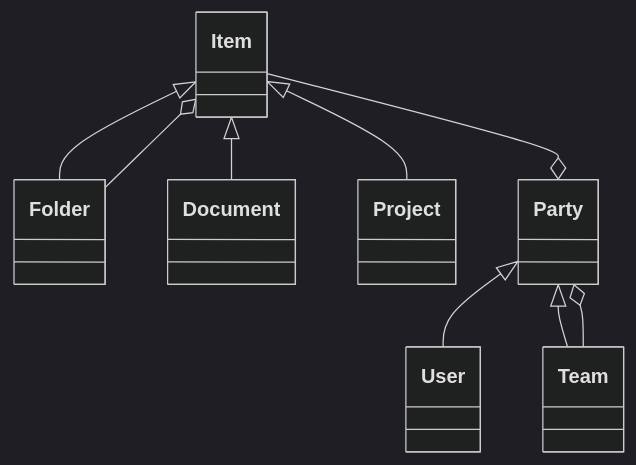
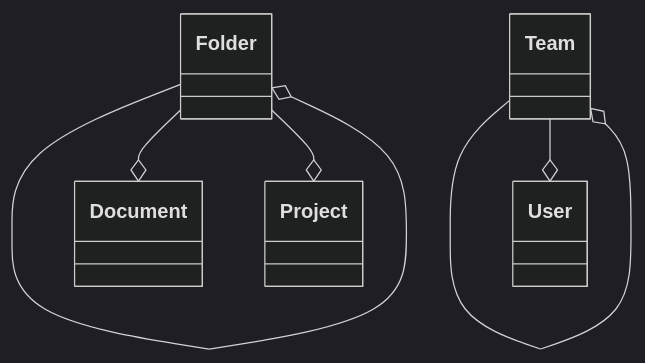
Before and after one commit to occar421/my-etudes: the diagram in authz-service-with-openfga/readme.md, drawn with Mermaid (dark theme). The commit also changed 12 other files, not shown here.

````diff
--- a/authz-service-with-openfga/readme.md
+++ b/authz-service-with-openfga/readme.md
@@ -15,18 +15,13 @@
 ```mermaid
 classDiagram
-    class Item
     class Folder
     class Document
     class Project
-    class Party
     class User
     class Team
-    Folder --o Item
-    Item <|-- Folder
-    Item <|-- Document
-    Item <|-- Project
-    Party <|-- User
-    Party <|-- Team
-    Team --o Party
-    Item --o Party
+    Folder --o Folder
+    Folder --o Document
+    Folder --o Project
+    Team --o Team
+    Team --o User
 ```
````
